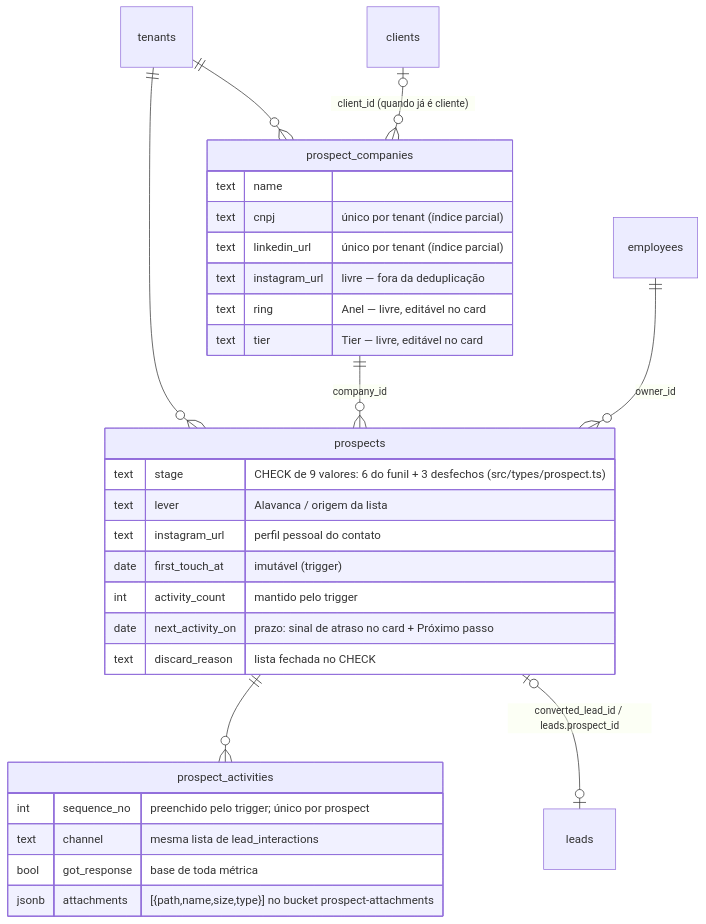
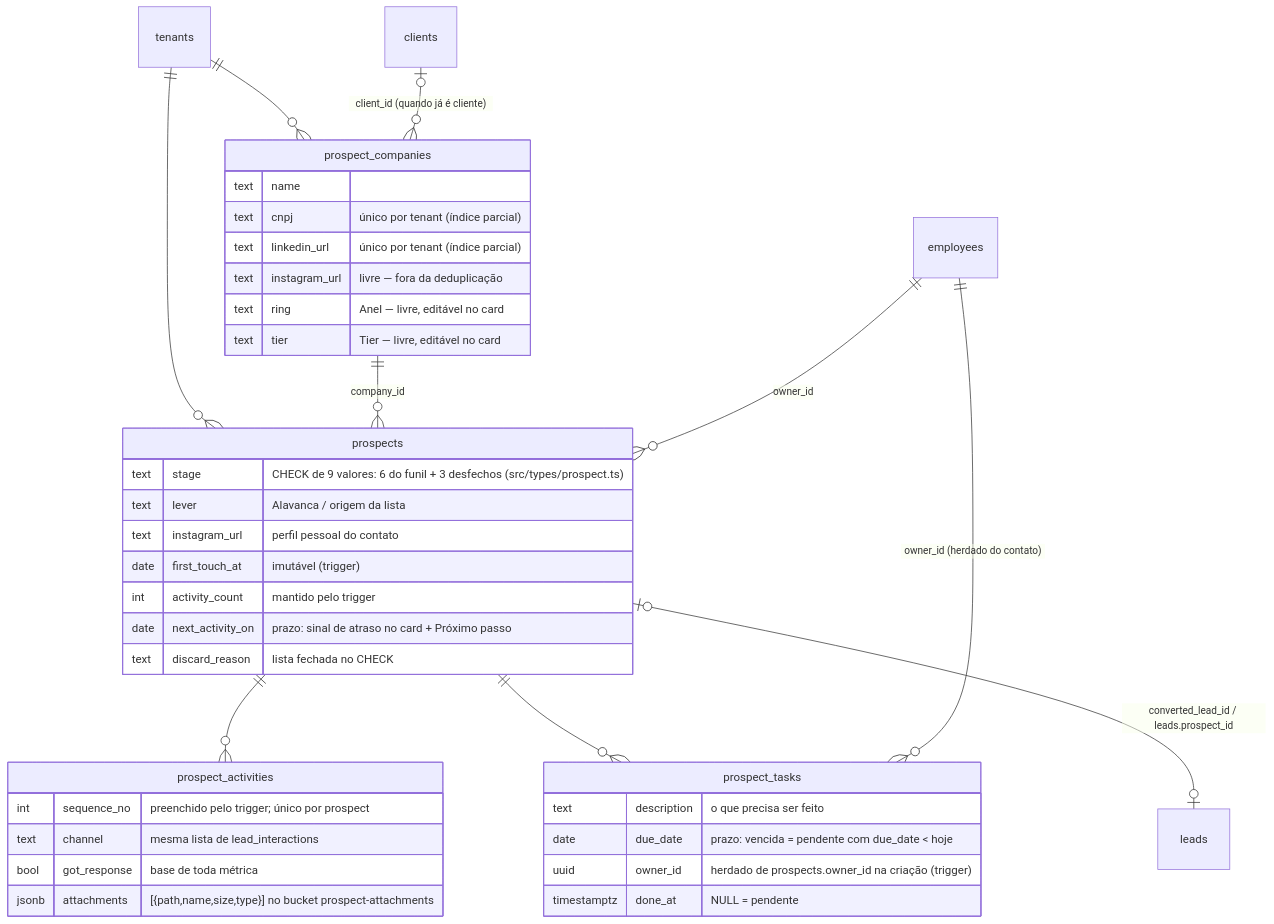
Before and after one commit to Origami-Lab-Organization/og-pulse: the second of 6 diagrams in .harness/docs/architecture/erd.md, drawn with Mermaid. The commit also changed other lines of this file and 11 other files, not shown here.

Commit message:
feat: add task management for prospects, including creation, updating, and deletion of tasks

````diff
--- a/.harness/docs/architecture/erd.md
+++ b/.harness/docs/architecture/erd.md
@@ -106,34 +108,42 @@
 ```mermaid
 erDiagram
     tenants ||--o{ prospect_companies : ""
     tenants ||--o{ prospects : ""
     clients |o--o{ prospect_companies : "client_id (quando já é cliente)"
     prospect_companies ||--o{ prospects : "company_id"
     prospects ||--o{ prospect_activities : ""
+    prospects ||--o{ prospect_tasks : ""
+    employees ||--o{ prospect_tasks : "owner_id (herdado do contato)"
     employees ||--o{ prospects : "owner_id"
     prospects |o--o| leads : "converted_lead_id / leads.prospect_id"
 
     prospect_companies {
         text name ""
         text cnpj "único por tenant (índice parcial)"
         text linkedin_url "único por tenant (índice parcial)"
         text instagram_url "livre — fora da deduplicação"
         text ring "Anel — livre, editável no card"
         text tier "Tier — livre, editável no card"
     }
     prospects {
         text stage "CHECK de 9 valores: 6 do funil + 3 desfechos (src/types/prospect.ts)"
         text lever "Alavanca / origem da lista"
         text instagram_url "perfil pessoal do contato"
         date first_touch_at "imutável (trigger)"
         int activity_count "mantido pelo trigger"
         date next_activity_on "prazo: sinal de atraso no card + Próximo passo"
         text discard_reason "lista fechada no CHECK"
     }
     prospect_activities {
         int sequence_no "preenchido pelo trigger; único por prospect"
         text channel "mesma lista de lead_interactions"
         bool got_response "base de toda métrica"
         jsonb attachments "[{path,name,size,type}] no bucket prospect-attachments"
     }
+    prospect_tasks {
+        text description "o que precisa ser feito"
+        date due_date "prazo: vencida = pendente com due_date < hoje"
+        uuid owner_id "herdado de prospects.owner_id na criação (trigger)"
+        timestamptz done_at "NULL = pendente"
+    }
 ```
````
